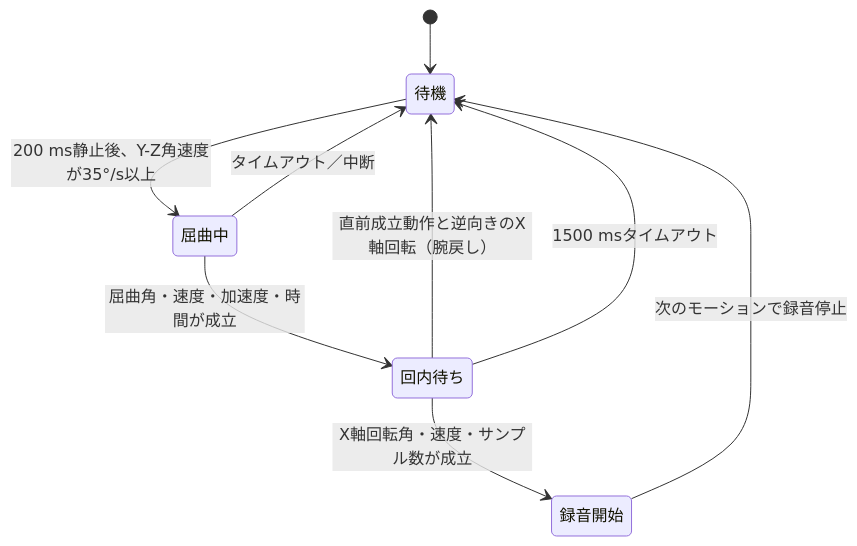
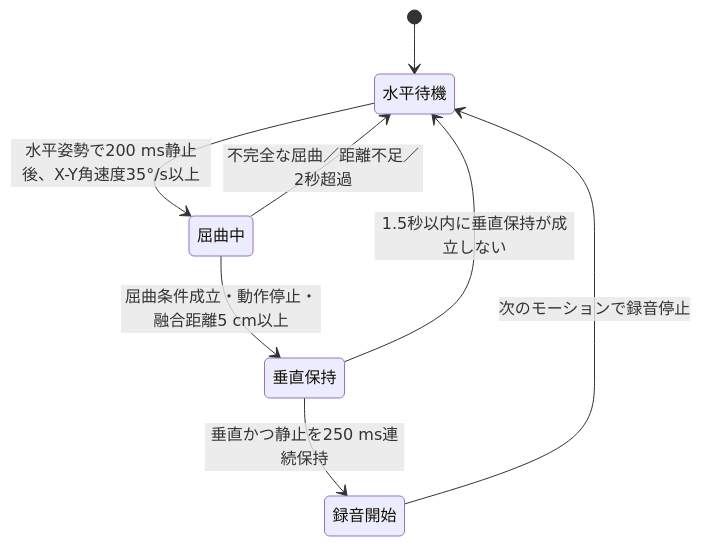
Before and after one commit to g150446/harness-node: the diagram in docs/flex_pronation_gesture.md, drawn with Mermaid. The commit also changed other lines of this file and 7 other files, not shown here.

````diff
--- a/docs/flex_pronation_gesture.md
+++ b/docs/flex_pronation_gesture.md
@@ -50,11 +68,10 @@
 ```mermaid
 stateDiagram-v2
-    [*] --> 待機
-    待機 --> 屈曲中: 200 ms静止後、Y-Z角速度が35°/s以上
-    屈曲中 --> 回内待ち: 屈曲角・速度・加速度・時間が成立
-    屈曲中 --> 待機: タイムアウト／中断
-    回内待ち --> 録音開始: X軸回転角・速度・サンプル数が成立
-    回内待ち --> 待機: 直前成立動作と逆向きのX軸回転（腕戻し）
-    回内待ち --> 待機: 1500 msタイムアウト
-    録音開始 --> 待機: 次のモーションで録音停止
+    [*] --> 水平待機
+    水平待機 --> 屈曲中: 水平姿勢で200 ms静止後、X-Y角速度35°/s以上
+    屈曲中 --> 垂直保持: 屈曲条件成立・動作停止・融合距離5 cm以上
+    屈曲中 --> 水平待機: 不完全な屈曲／距離不足／2秒超過
+    垂直保持 --> 録音開始: 垂直かつ静止を250 ms連続保持
+    垂直保持 --> 水平待機: 1.5秒以内に垂直保持が成立しない
+    録音開始 --> 水平待機: 次のモーションで録音停止
 ```
````
